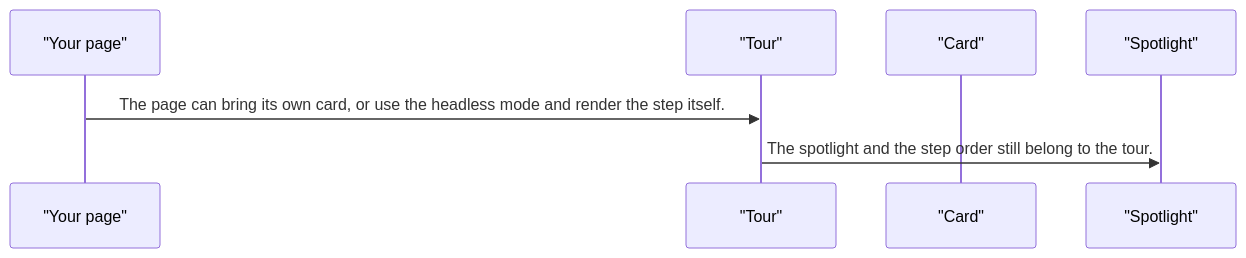
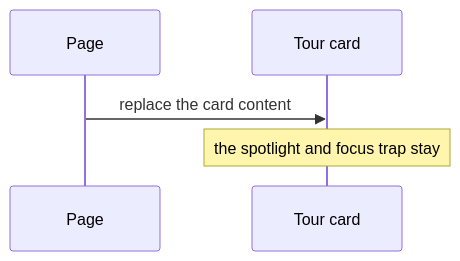
The fourth of 4 diagrams in projects/pixel-ui/src/lib/pixel-tour/DESIGN.md (RajshekharBorate/pixel-ui), drawn with Mermaid before and after one commit. The commit also changed other lines of this file and 73 other files, not shown here.

Commit message:
Explain who owns each value and what each flow does in every component and service design.

````diff
--- a/projects/pixel-ui/src/lib/pixel-tour/DESIGN.md
+++ b/projects/pixel-ui/src/lib/pixel-tour/DESIGN.md
@@ -78,9 +96,7 @@
 ```mermaid
 sequenceDiagram
-  participant page as "Your page"
-  participant tour as "Tour"
-  participant card as "Card"
-  participant spot as "Spotlight"
-  page->>tour: The page can bring its own card, or use the headless mode and render the step itself.
-  tour->>spot: The spotlight and the step order still belong to the tour.
+  participant Page
+  participant Card as Tour card
+  Page->>Card: replace the card content
+  Note over Card: the spotlight and focus trap stay
 ```
````
